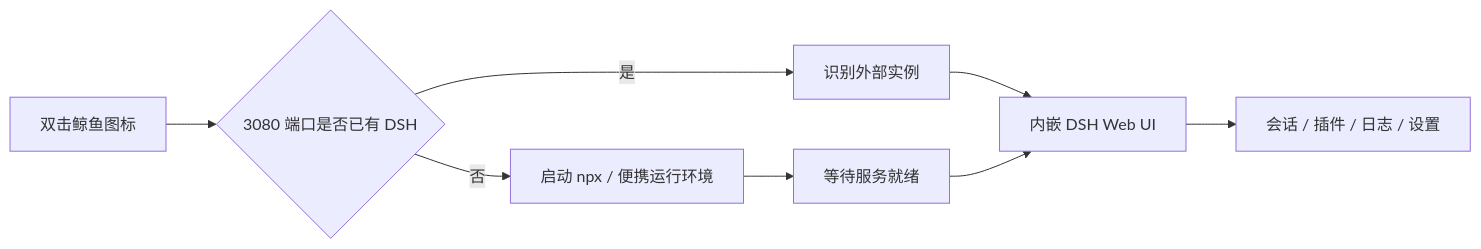
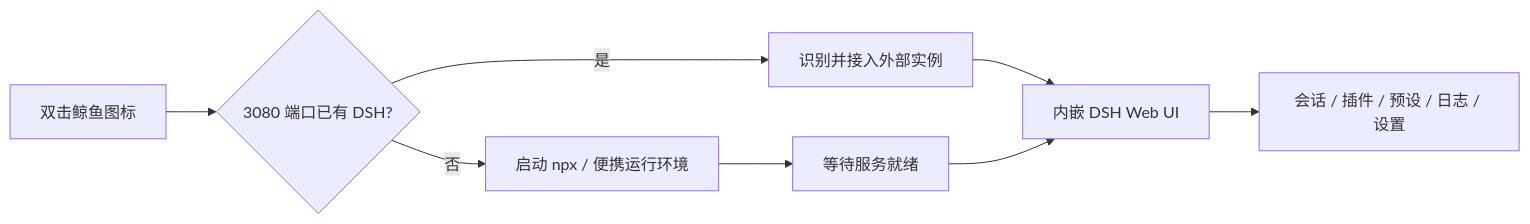
One commit to luocuiyu/deepseek-harness-manager changed the diagram in README.md. Above: the diagram before and after it, drawn with Mermaid. The commit also changed other lines of this file and 6 other files, not shown here.

````diff
--- a/README.md
+++ b/README.md
@@ -32,10 +38,10 @@
 ```mermaid
 flowchart LR
-    A["双击鲸鱼图标"] --> B{"3080 端口是否已有 DSH"}
+    A["双击鲸鱼图标"] --> B{"3080 端口已有 DSH?"}
     B -- "否" --> C["启动 npx / 便携运行环境"]
-    B -- "是" --> D["识别外部实例"]
+    B -- "是" --> D["识别并接入外部实例"]
     C --> E["等待服务就绪"]
     D --> F["内嵌 DSH Web UI"]
     E --> F
-    F --> G["会话 / 插件 / 日志 / 设置"]
+    F --> G["会话 / 插件 / 预设 / 日志 / 设置"]
 ```
````
